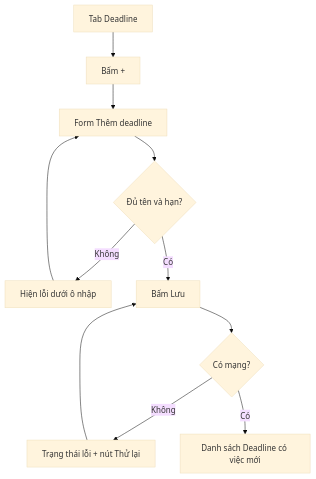
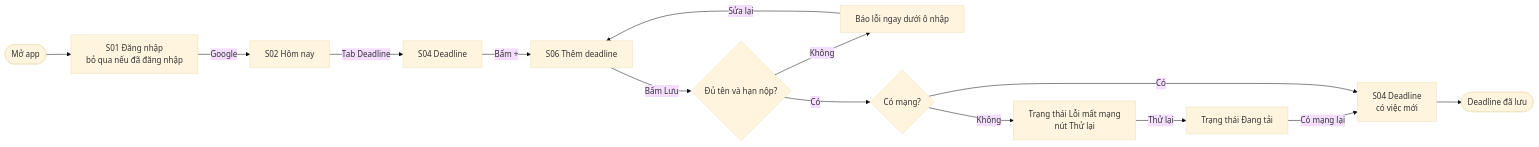
One commit to FU-PRM-Projects/prm393-lab2-group9 changed the second of 6 diagrams in ux/user-flow.md. Above: the diagram before and after it, drawn with Mermaid (base theme). The commit also changed other lines of this file and 7 other files, not shown here.

Commit message:
docs: sync persona, IA, design brief and handoff with Figma user flow

````diff
--- a/ux/user-flow.md
+++ b/ux/user-flow.md
@@ -24,11 +97,16 @@
 ```mermaid
-flowchart TD
-  A[Tab Deadline] --> B[Bấm +]
-  B --> C[Form Thêm deadline]
-  C --> D{Đủ tên và hạn?}
-  D -- Không --> E[Hiện lỗi dưới ô nhập] --> C
-  D -- Có --> F[Bấm Lưu]
-  F --> G{Có mạng?}
-  G -- Không --> H[Trạng thái lỗi + nút Thử lại] --> F
-  G -- Có --> I[Danh sách Deadline có việc mới]
+flowchart LR
+  A([Mở app]) --> B["S01 Đăng nhập<br/>bỏ qua nếu đã đăng nhập"]
+  B -- Google --> C["S02 Hôm nay"]
+  C -- Tab Deadline --> D["S04 Deadline"]
+  D -- Bấm + --> E["S06 Thêm deadline"]
+  E -- Bấm Lưu --> F{"Đủ tên và hạn nộp?"}
+  F -- Không --> G["Báo lỗi ngay dưới ô nhập"]
+  G -- Sửa lại --> E
+  F -- Có --> H{"Có mạng?"}
+  H -- Không --> I["Trạng thái Lỗi mất mạng<br/>nút Thử lại"]
+  I -- Thử lại --> J["Trạng thái Đang tải"]
+  J -- Có mạng lại --> K["S04 Deadline<br/>có việc mới"]
+  H -- Có --> K
+  K --> L([Deadline đã lưu])
 ```
````
